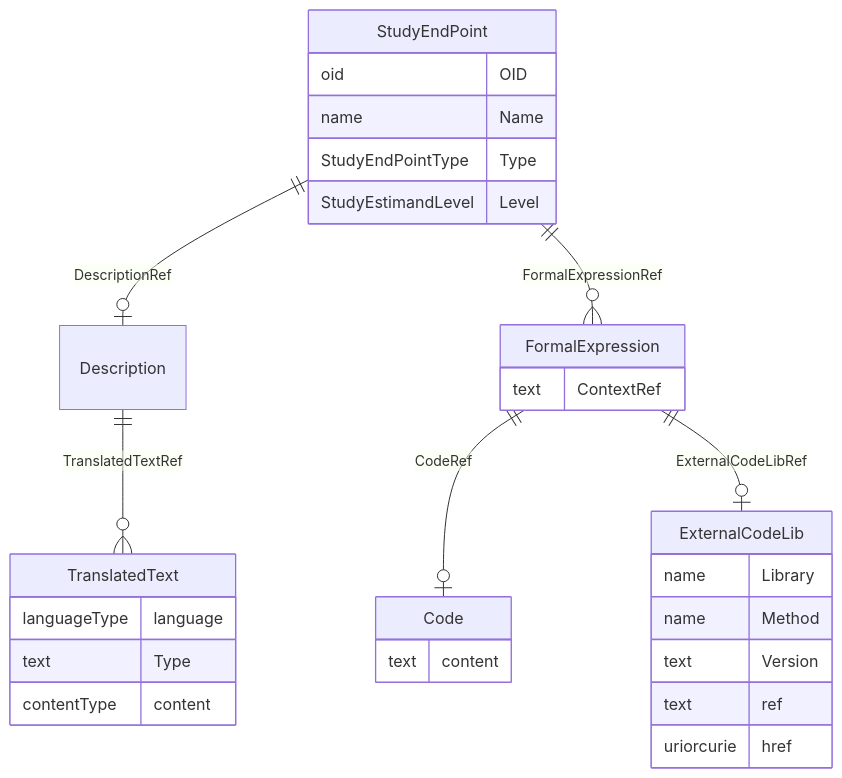
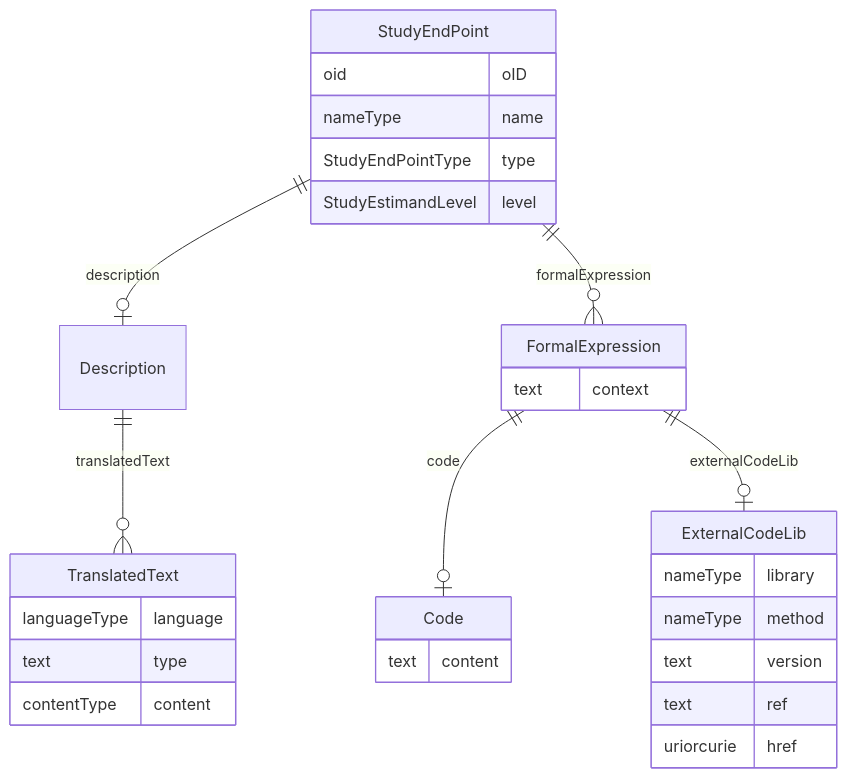
One commit to cdisc-org/DataExchange-ODM-LinkML changed the diagram in docs/StudyEndPoint.md. Above: the diagram before and after it, drawn with Mermaid. The commit also changed other lines of this file and 759 other files, not shown here.

````diff
--- a/docs/StudyEndPoint.md
+++ b/docs/StudyEndPoint.md
@@ -11,37 +11,37 @@
 ```mermaid
 erDiagram
 StudyEndPoint {
-    oid OID  
-    name Name  
-    StudyEndPointType Type  
-    StudyEstimandLevel Level  
+    oid oID  
+    nameType name  
+    StudyEndPointType type  
+    StudyEstimandLevel level  
 }
 FormalExpression {
-    text ContextRef  
+    text context  
 }
 ExternalCodeLib {
-    name Library  
-    name Method  
-    text Version  
+    nameType library  
+    nameType method  
+    text version  
     text ref  
     uriorcurie href  
 }
 Code {
     text content  
 }
 Description {
 
 }
 TranslatedText {
     languageType language  
-    text Type  
+    text type  
     contentType content  
 }
 
-StudyEndPoint ||--|o Description : "DescriptionRef"
-StudyEndPoint ||--}o FormalExpression : "FormalExpressionRef"
-FormalExpression ||--|o Code : "CodeRef"
-FormalExpression ||--|o ExternalCodeLib : "ExternalCodeLibRef"
-Description ||--}o TranslatedText : "TranslatedTextRef"
+StudyEndPoint ||--|o Description : "description"
+StudyEndPoint ||--}o FormalExpression : "formalExpression"
+FormalExpression ||--|o Code : "code"
+FormalExpression ||--|o ExternalCodeLib : "externalCodeLib"
+Description ||--}o TranslatedText : "translatedText"
 
 ```
````
